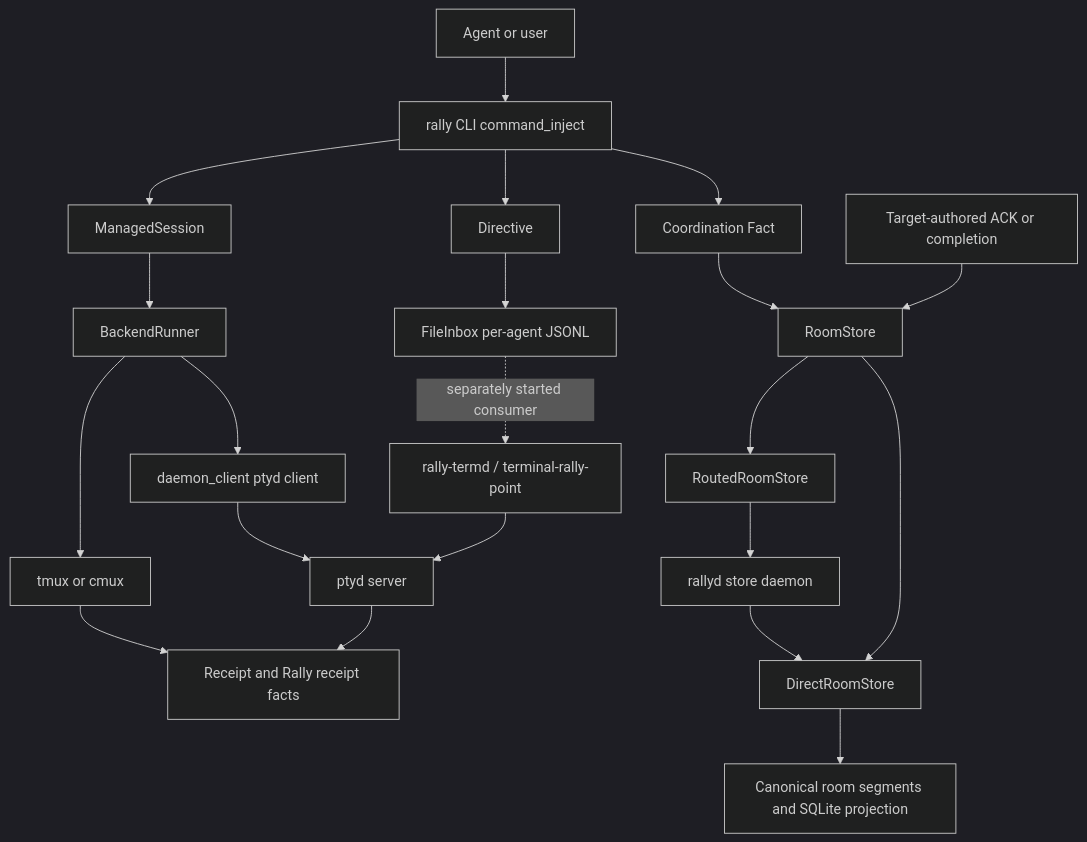
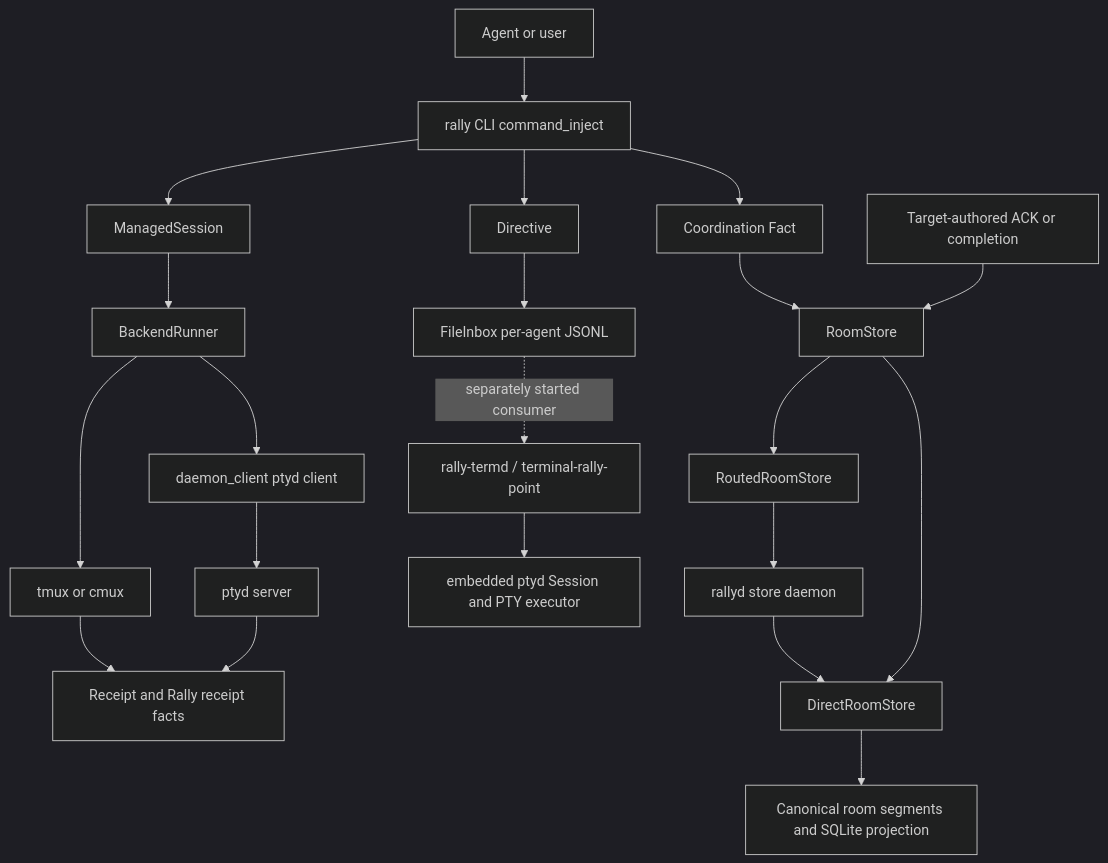
The first of 2 diagrams in docs/ROUTER-DEPENDENCY-MAP.md (tyroneross/agent-rally-point), drawn with Mermaid (dark theme) before and after one commit. The commit also changed other lines of this file and 2 other files, not shown here.

Commit message:
docs(architecture): specify daemon transport contracts

````diff
--- a/docs/ROUTER-DEPENDENCY-MAP.md
+++ b/docs/ROUTER-DEPENDENCY-MAP.md
@@ -59,35 +61,36 @@
 ```mermaid
 flowchart TD
     Sender[Agent or user]
     CLI[rally CLI command_inject]
     Fact[Coordination Fact]
     RS[RoomStore]
     Direct[DirectRoomStore]
     RSC[RoutedRoomStore]
     RD[rallyd store daemon]
     Canon[Canonical room segments and SQLite projection]
     Dir[Directive]
     Inbox[FileInbox per-agent JSONL]
     Session[ManagedSession]
     BR[BackendRunner]
     PC[daemon_client ptyd client]
     Ptyd[ptyd server]
     Mux[tmux or cmux]
     Termd[rally-termd / terminal-rally-point]
+    Embedded[embedded ptyd Session and PTY executor]
     Receipt[Receipt and Rally receipt facts]
     Ack[Target-authored ACK or completion]
 
     Sender --> CLI
     CLI --> Fact --> RS
     RS --> Direct --> Canon
     RS --> RSC --> RD --> Direct
     CLI --> Dir --> Inbox
     CLI --> Session --> BR
     BR --> PC --> Ptyd
     BR --> Mux
     Inbox -. separately started consumer .-> Termd
-    Termd --> Ptyd
+    Termd --> Embedded
     Ptyd --> Receipt
     Mux --> Receipt
     Ack --> RS
 ```
````
